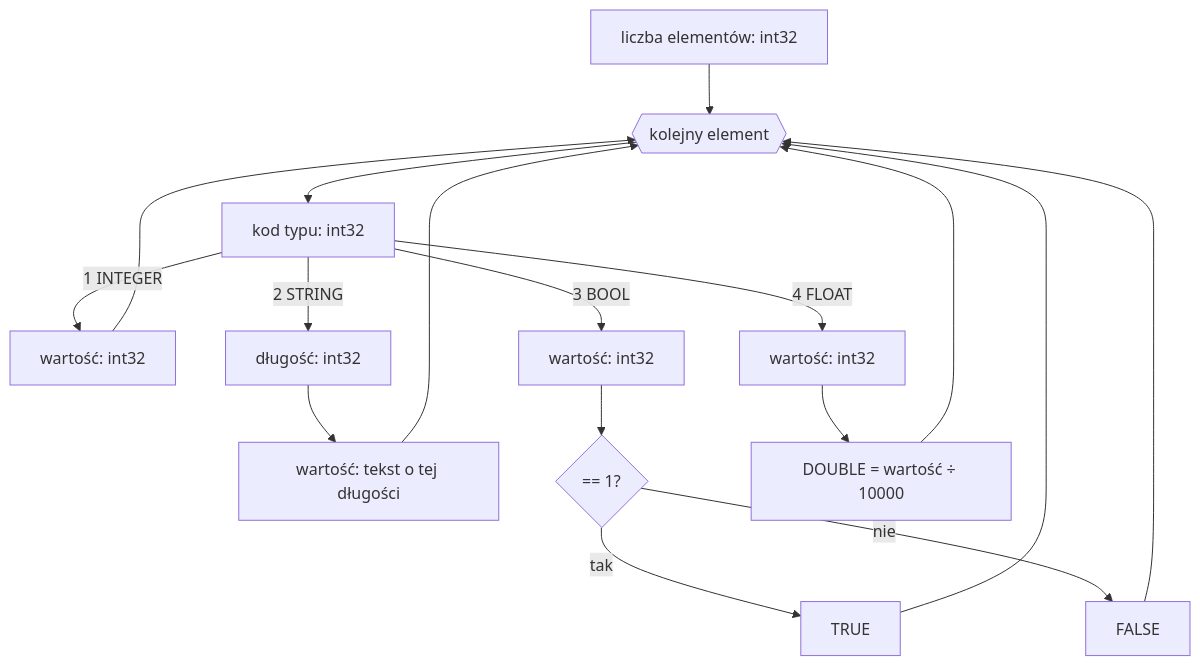
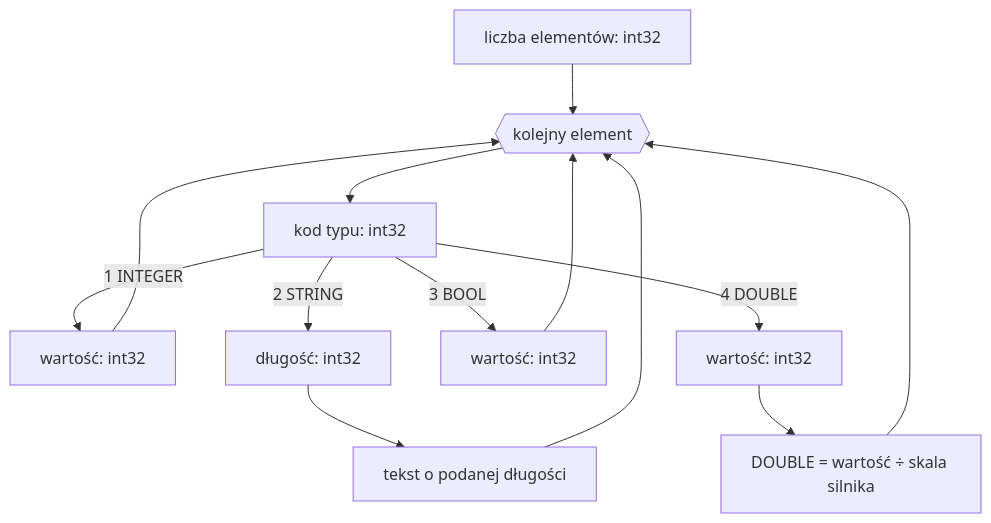
The diagram in docs/pl/formats/ARR.md (patryk025/Rex-EMoolator), drawn with Mermaid before and after one commit. The commit also changed other lines of this file and 19 other files, not shown here.

````diff
--- a/docs/pl/formats/ARR.md
+++ b/docs/pl/formats/ARR.md
@@ -23,15 +37,12 @@
 ```mermaid
 flowchart TD
     A["liczba elementów: int32"] --> B{{kolejny element}}
     B --> C["kod typu: int32"]
     C -->|1 INTEGER| D["wartość: int32"]
     C -->|2 STRING| E["długość: int32"]
-    E --> F["wartość: tekst o tej długości"]
+    E --> F["tekst o podanej długości"]
     C -->|3 BOOL| G["wartość: int32"]
-    G --> H{== 1?}
-    H -->|tak| I[TRUE]
-    H -->|nie| J[FALSE]
-    C -->|4 FLOAT| K["wartość: int32"]
-    K --> L["DOUBLE = wartość ÷ 10000"]
-    D & F & I & J & L --> B
+    C -->|4 DOUBLE| K["wartość: int32"]
+    K --> L["DOUBLE = wartość ÷ skala silnika"]
+    D & F & G & L --> B
 ```
````
